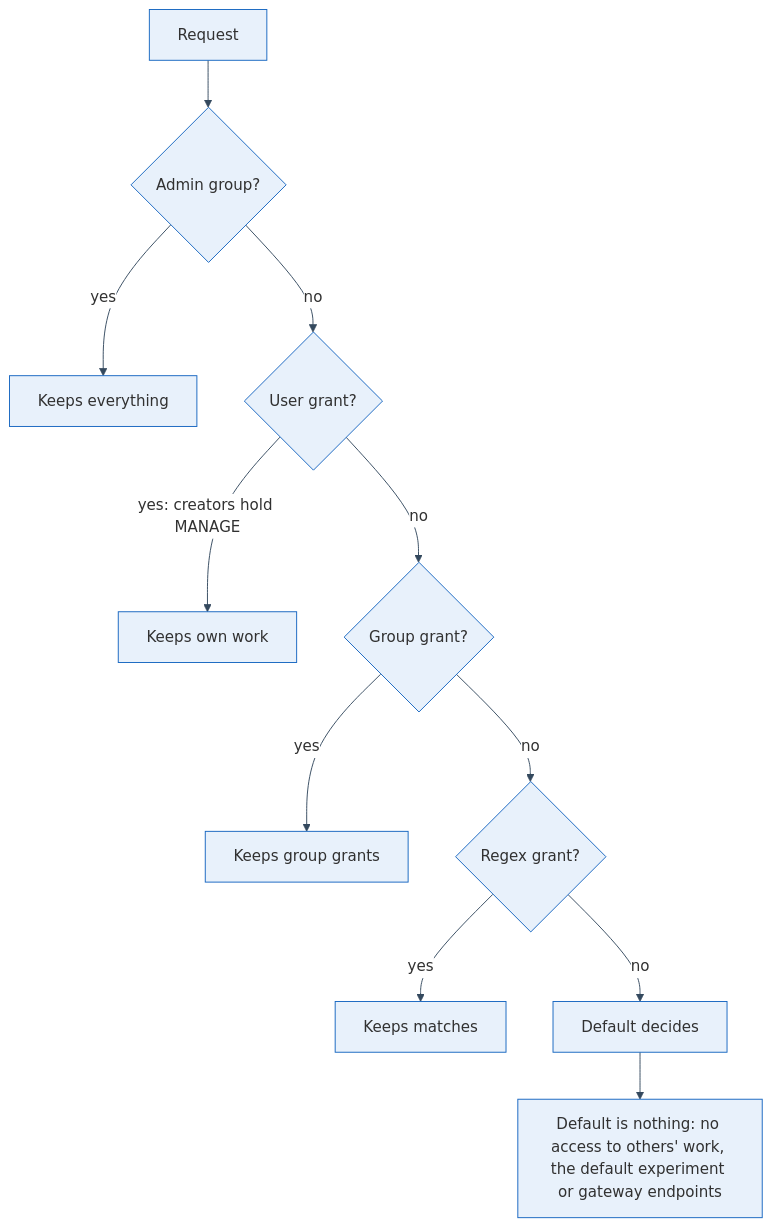
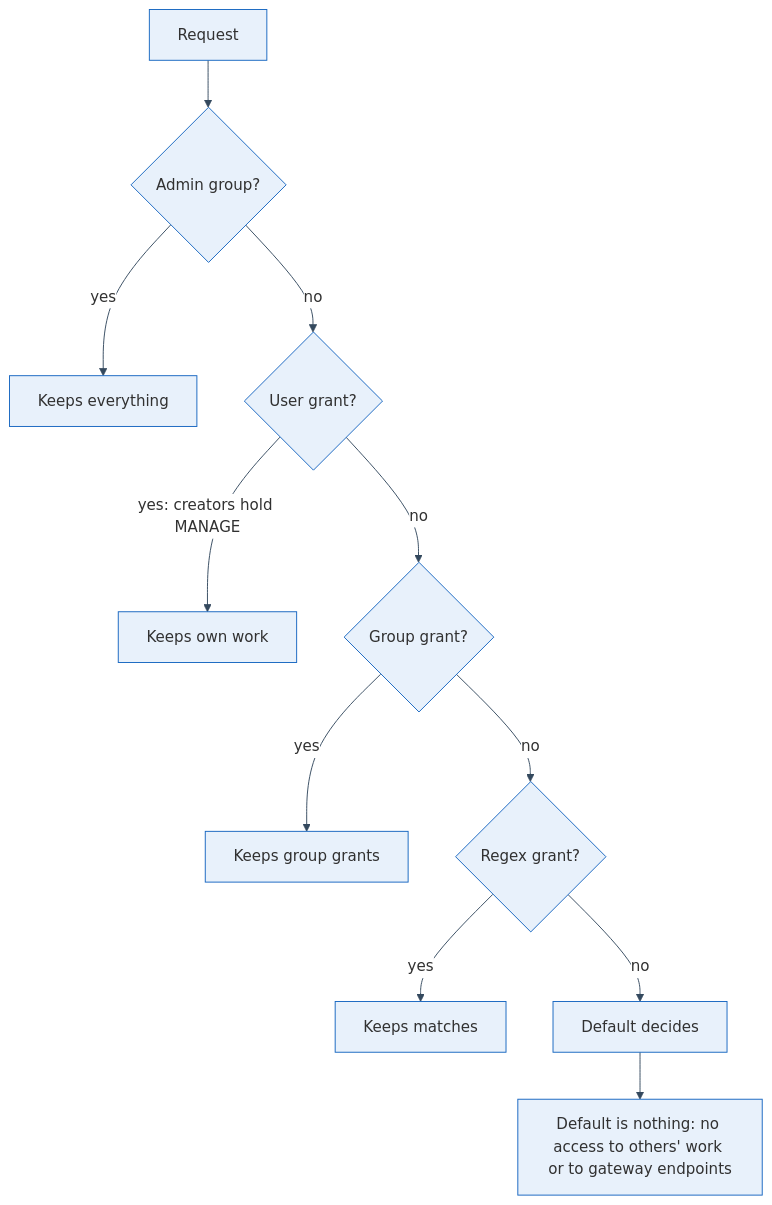
Before and after one commit to hedata/personal: the diagram in content/post/2026-10-21-tracker-default-permission/index.md, drawn with Mermaid. The commit also changed other lines of this file, not shown here.

````diff
--- a/content/post/2026-10-21-tracker-default-permission/index.md
+++ b/content/post/2026-10-21-tracker-default-permission/index.md
@@ -29,14 +29,14 @@
 ```mermaid
 %%{init: {"theme": "base", "themeVariables": {"fontFamily": "Roboto, Helvetica, Arial, sans-serif", "primaryColor": "#e8f1fb", "primaryTextColor": "#313131", "primaryBorderColor": "#1565c0", "secondaryColor": "#f7f7f7", "tertiaryColor": "#ffffff", "lineColor": "#34495e", "textColor": "#313131", "clusterBkg": "#f7f7f7", "clusterBorder": "#e6e6e6", "edgeLabelBackground": "#ffffff"}}}%%
 flowchart TD
     R["Request"] --> A{"Admin group?"}
     A -- yes --> K0["Keeps everything"]
     A -- no --> U{"User grant?"}
     U -- "yes: creators hold MANAGE" --> K1["Keeps own work"]
     U -- no --> G{"Group grant?"}
     G -- yes --> K2["Keeps group grants"]
     G -- no --> X{"Regex grant?"}
     X -- yes --> K3["Keeps matches"]
     X -- no --> D["Default decides"]
-    D --> L["Default is nothing: no access to others' work, the default experiment or gateway endpoints"]
+    D --> L["Default is nothing: no access to others' work or to gateway endpoints"]
 ```
````
